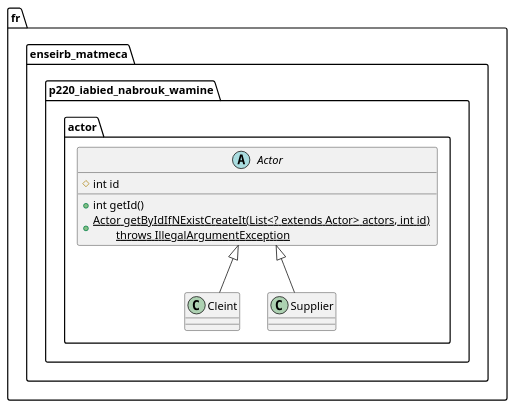
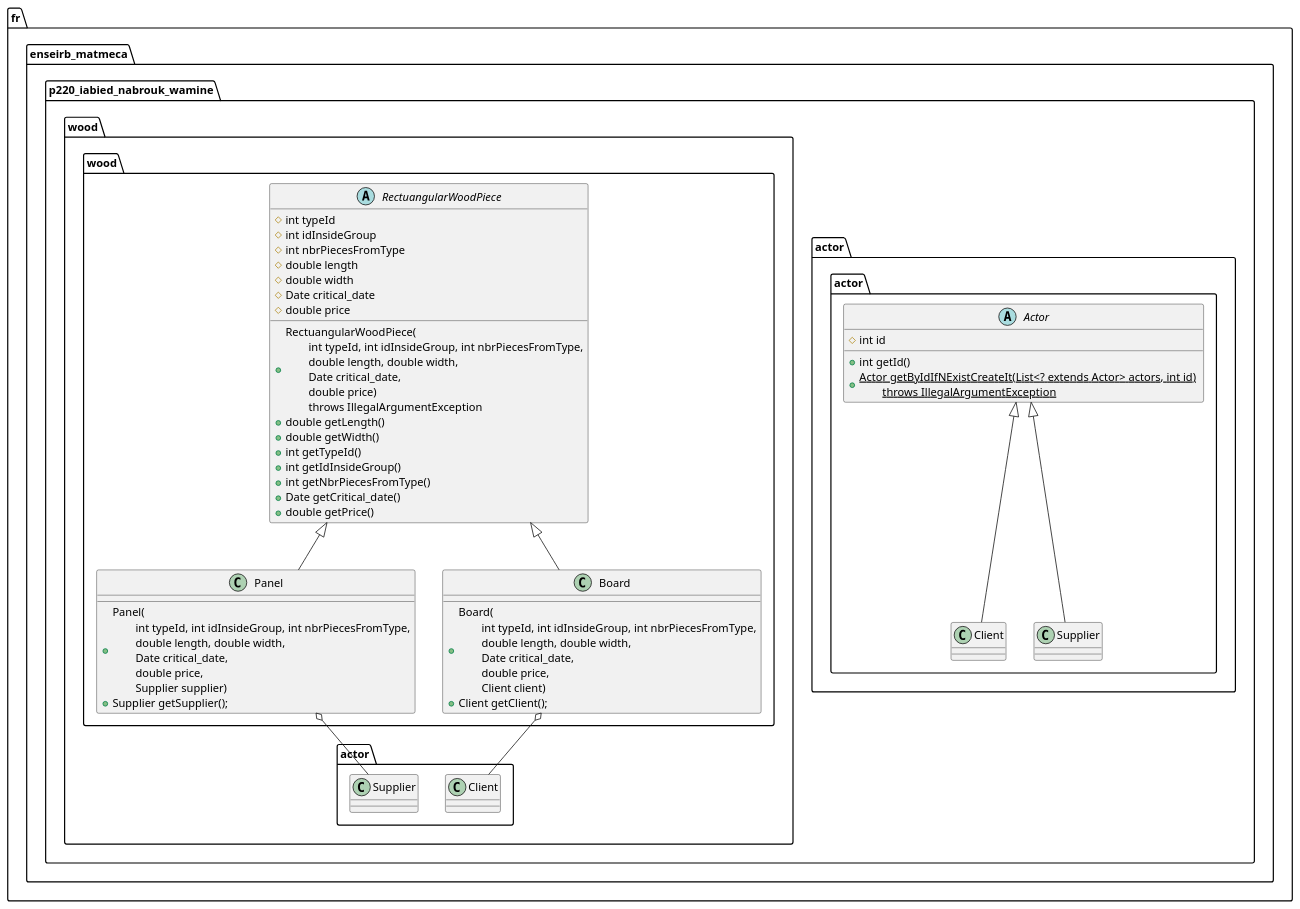
Before and after one commit to ImadABID/WoodCutPlanner: the diagram in uml.wsd, drawn with PlantUML. The commit also changed 3 other files, not shown here.

Commit message:
adding UML & code skeleton for wood package

```diff
--- a/uml.wsd
+++ b/uml.wsd
@@ -1,30 +1,70 @@
 @startuml uml
 
 package "fr.enseirb_matmeca.p220_iabied_nabrouk_wamine"{
 
     package "actor"{
 
-        abstract class Actor{
+        abstract class actor.Actor{
             # int id
 
             + int getId()
             + {static} Actor getByIdIfNExistCreateIt(List<? extends Actor> actors, int id) \n\tthrows IllegalArgumentException
         }
 
-        class Cleint{
+        class actor.Client{
 
         }
 
-        class Supplier{
+        class actor.Supplier{
             
         }
 
-        Actor <|-- Cleint
-        Actor <|-- Supplier
+        actor.Actor <|-- actor.Client
+        actor.Actor <|-- actor.Supplier
+
+    }
+
+    package "wood"{
+
+        abstract class wood.RectuangularWoodPiece {
+
+            # int typeId
+            # int idInsideGroup
+            # int nbrPiecesFromType
+            # double length
+            # double width
+            # Date critical_date
+            # double price
+
+            + RectuangularWoodPiece(\n\tint typeId, int idInsideGroup, int nbrPiecesFromType,\n\tdouble length, double width,\n\tDate critical_date,\n\tdouble price)\n\tthrows IllegalArgumentException
+            + double getLength()
+            + double getWidth()
+            + int getTypeId()
+            + int getIdInsideGroup()
+            + int getNbrPiecesFromType()
+            + Date getCritical_date()
+            + double getPrice()
+
+        }
+
+        class wood.Panel {
+            + Panel(\n\tint typeId, int idInsideGroup, int nbrPiecesFromType,\n\tdouble length, double width,\n\tDate critical_date,\n\tdouble price,\n\tSupplier supplier)
+            + Supplier getSupplier();
+        }
+        wood.Panel o-- actor.Supplier
+
+        class wood.Board {
+            + Board(\n\tint typeId, int idInsideGroup, int nbrPiecesFromType,\n\tdouble length, double width,\n\tDate critical_date,\n\tdouble price,\n\tClient client)
+            + Client getClient();
+        }
+        wood.Board o-- actor.Client
+
+        wood.RectuangularWoodPiece <|-- wood.Panel
+        wood.RectuangularWoodPiece <|-- wood.Board
 
     }
 
 }
 
 
 @enduml
```
